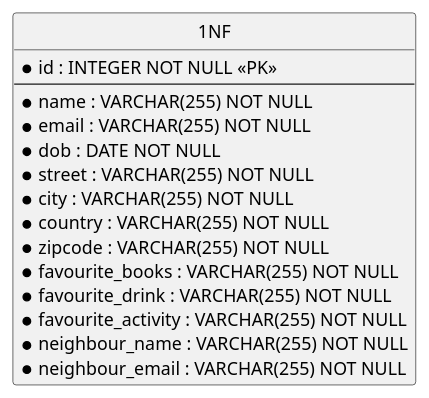
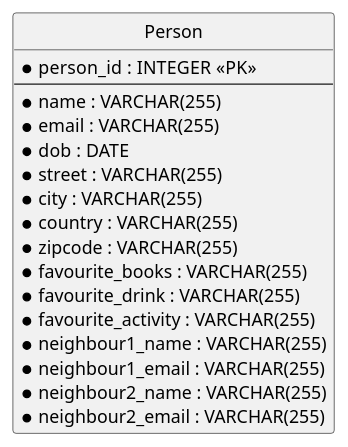
One commit to sudefidan/Advanced_Database changed the diagram in Assessment/TASK1/1NF.plantuml. Above: the diagram before and after it, drawn with PlantUML. The commit also changed 39 other files, not shown here.

```diff
--- a/Assessment/TASK1/1NF.plantuml
+++ b/Assessment/TASK1/1NF.plantuml
@@ -1,22 +1,24 @@
 @startuml 1NF
 
 hide circle
 
-entity "1NF" {
-  * id : INTEGER NOT NULL <<PK>>
+entity "Person" {
+  * person_id : INTEGER  <<PK>>
   --
-  * name : VARCHAR(255) NOT NULL
-  * email : VARCHAR(255) NOT NULL
-  * dob : DATE NOT NULL
-  * street : VARCHAR(255) NOT NULL
-  * city : VARCHAR(255) NOT NULL
-  * country : VARCHAR(255) NOT NULL
-  * zipcode : VARCHAR(255) NOT NULL
-  * favourite_books : VARCHAR(255) NOT NULL
-  * favourite_drink : VARCHAR(255) NOT NULL
-  * favourite_activity : VARCHAR(255) NOT NULL
-  * neighbour_name : VARCHAR(255) NOT NULL
-  * neighbour_email : VARCHAR(255) NOT NULL
+  * name : VARCHAR(255)
+  * email : VARCHAR(255)
+  * dob : DATE
+  * street : VARCHAR(255)
+  * city : VARCHAR(255)
+  * country : VARCHAR(255)
+  * zipcode : VARCHAR(255)
+  * favourite_books : VARCHAR(255)
+  * favourite_drink : VARCHAR(255)
+  * favourite_activity : VARCHAR(255)
+  * neighbour1_name : VARCHAR(255)
+  * neighbour1_email : VARCHAR(255)
+  * neighbour2_name : VARCHAR(255)
+  * neighbour2_email : VARCHAR(255)
 }
 
 @enduml
```
